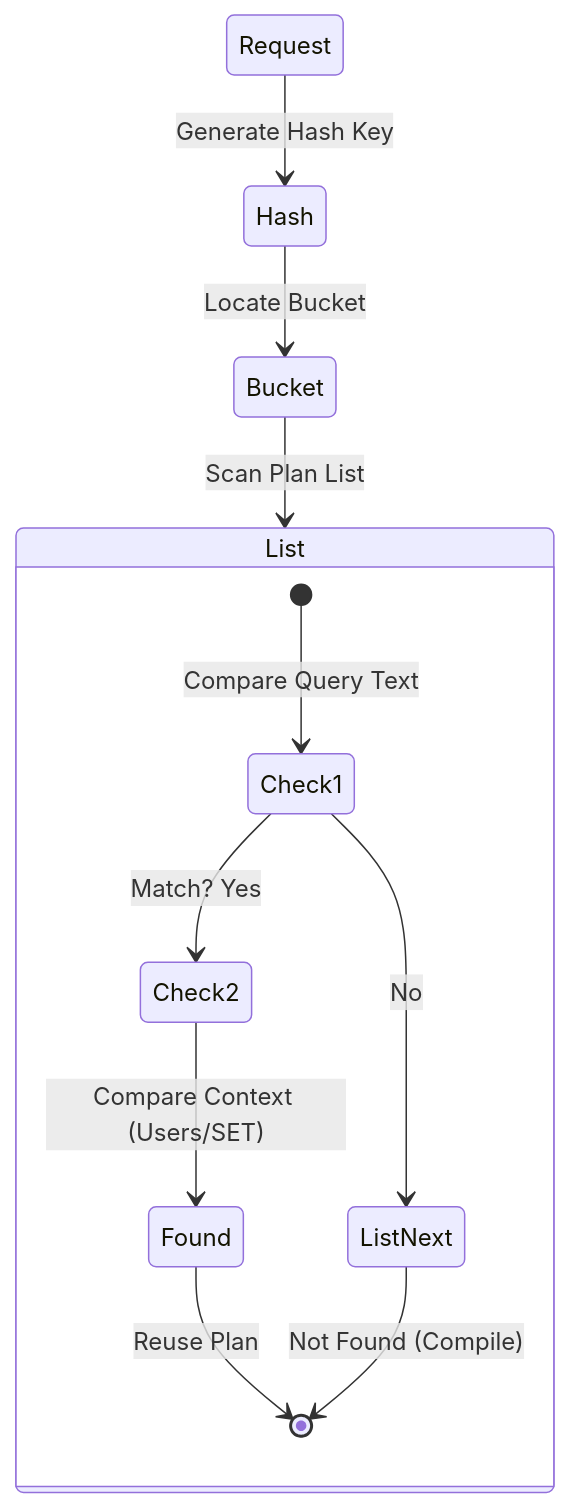
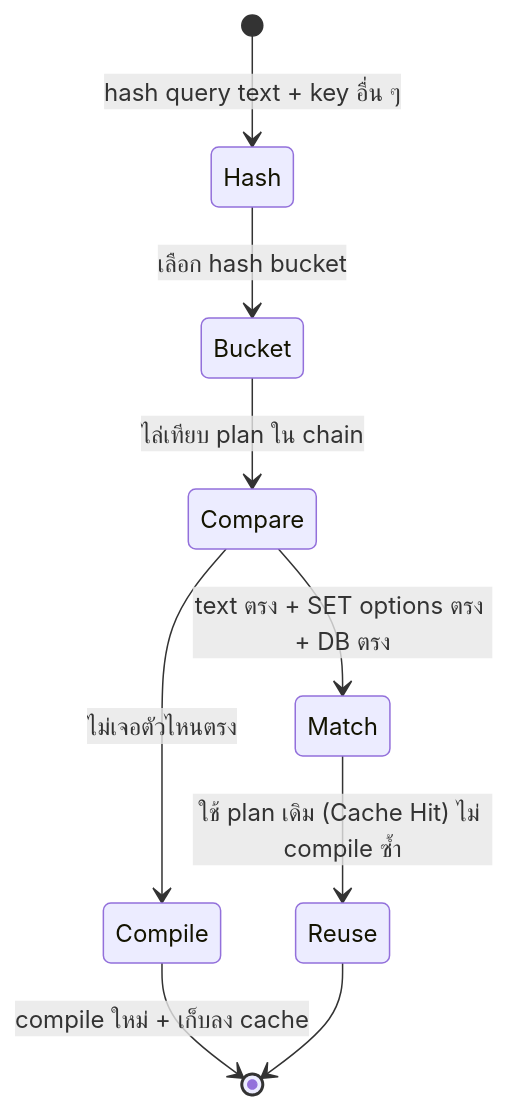
The diagram in Module_08_Plan_Caching/Sections/01_Plan_Cache_Internals/README.md (DataFabric-Academy/sql-server-performance-tuning), drawn with Mermaid before and after one commit. The commit also changed other lines of this file and 214 other files, not shown here.

````diff
--- a/Module_08_Plan_Caching/Sections/01_Plan_Cache_Internals/README.md
+++ b/Module_08_Plan_Caching/Sections/01_Plan_Cache_Internals/README.md
@@ -26,15 +69,11 @@
 ```mermaid
 stateDiagram-v2
-    Request --> Hash: Generate Hash Key
-    Hash --> Bucket: Locate Bucket
-    Bucket --> List: Scan Plan List
-    
-    state List {
-        [*] --> Check1: Compare Query Text
-        Check1 --> Check2: Match? Yes
-        Check2 --> Found: Compare Context (Users/SET)
-        Found --> [*]: Reuse Plan
-        Check1 --> ListNext: No
-        ListNext --> [*]: Not Found (Compile)
-    }
+    [*] --> Hash: hash query text + key อื่น ๆ
+    Hash --> Bucket: เลือก hash bucket
+    Bucket --> Compare: ไล่เทียบ plan ใน chain
+    Compare --> Match: text ตรง + SET options ตรง + DB ตรง
+    Match --> Reuse: ใช้ plan เดิม (Cache Hit) ไม่ compile ซ้ำ
+    Compare --> Compile: ไม่เจอตัวไหนตรง
+    Compile --> [*]: compile ใหม่ + เก็บลง cache
+    Reuse --> [*]
 ```
````
